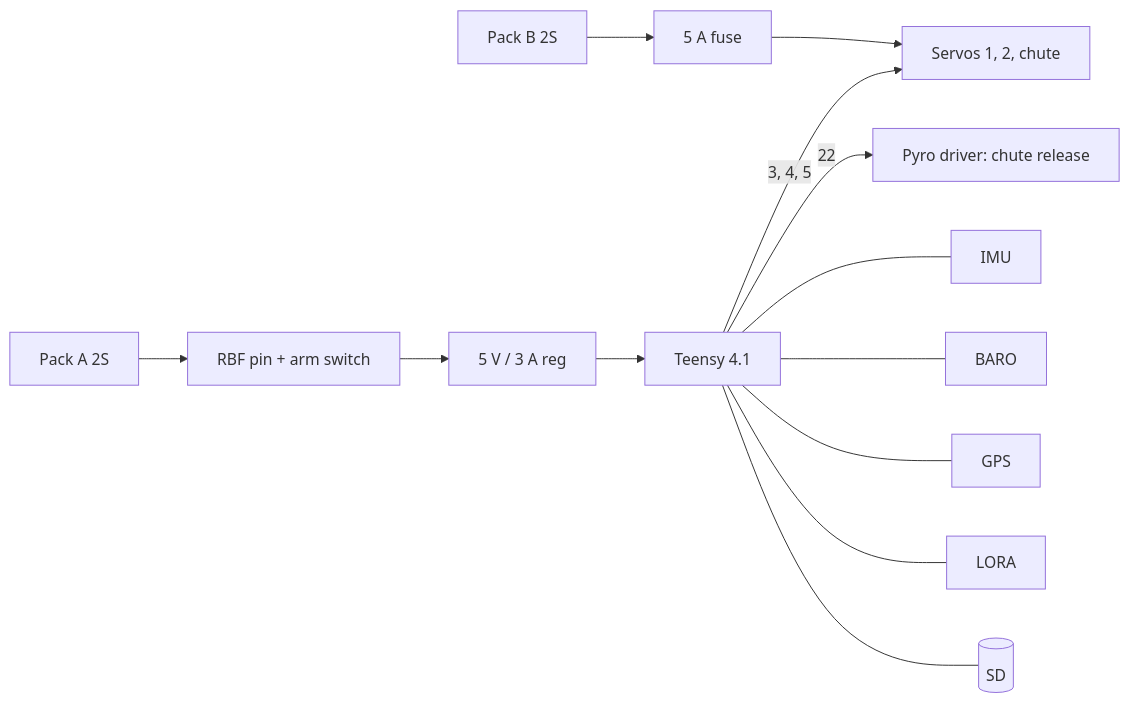
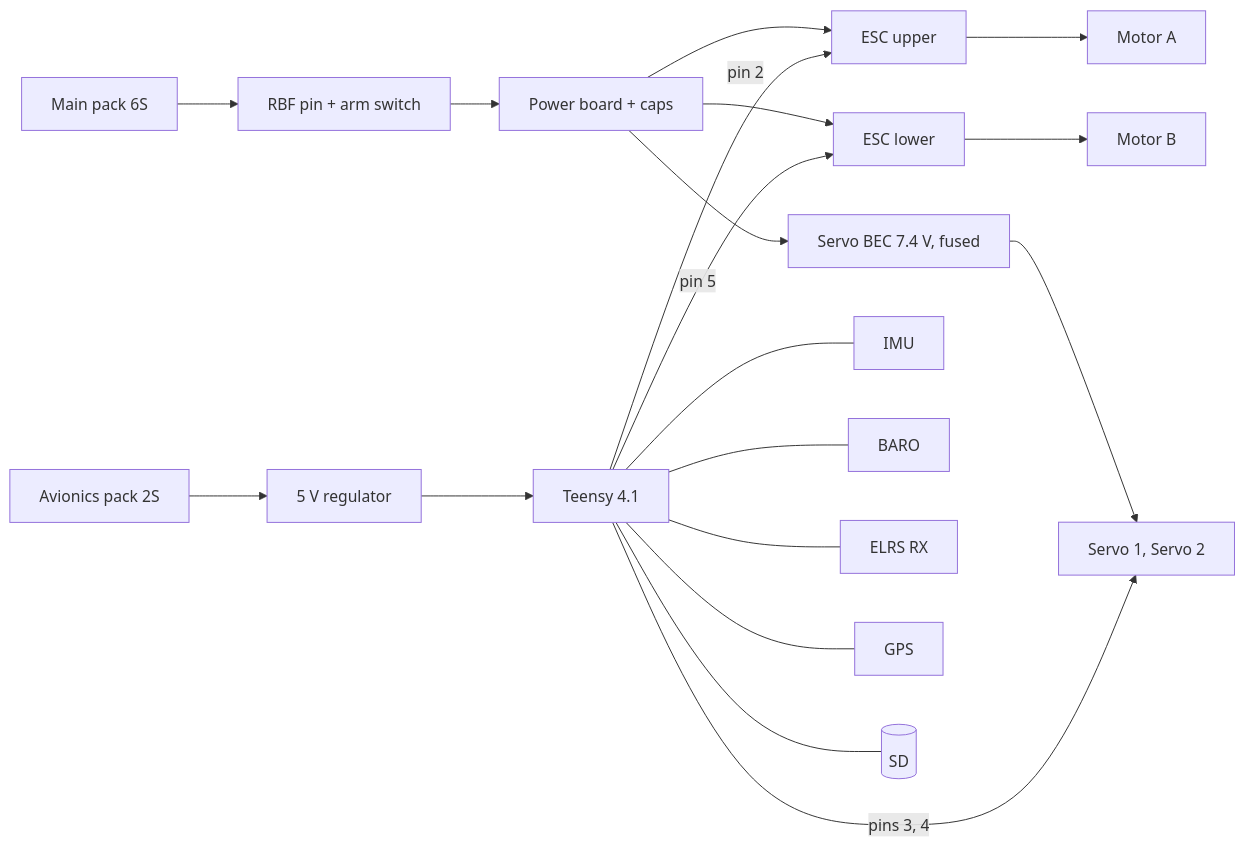
One commit to JeyaVardhan-L/Single-Thrust-Vector-Controlled-Rocket changed the diagram in docs/phase2-rocket/04-wiring.md. Above: the diagram before and after it, drawn with Mermaid. The commit also changed other lines of this file and 53 other files, not shown here.

````diff
--- a/docs/phase2-rocket/04-wiring.md
+++ b/docs/phase2-rocket/04-wiring.md
@@ -5,8 +5,12 @@
 ```mermaid
 flowchart LR
-  PA[Pack A 2S] --> RBF[RBF pin + arm switch] --> REG[5 V / 3 A reg] --> MCU[Teensy 4.1]
-  PB[Pack B 2S] --> FUSE[5 A fuse] --> SV[Servos 1, 2, chute]
-  MCU -->|3, 4, 5| SV
-  MCU -->|22| PY[Pyro driver: chute release]
-  MCU --- IMU & BARO & GPS & LORA & SD[(SD)]
+  MAIN[Main pack 6S] --> RBF[RBF pin + arm switch] --> PDB[Power board + caps]
+  PDB --> ESCU[ESC upper] --> MOTA[Motor A]
+  PDB --> ESCL[ESC lower] --> MOTB[Motor B]
+  PDB --> BEC[Servo BEC 7.4 V, fused] --> SV[Servo 1, Servo 2]
+  AVI[Avionics pack 2S] --> REG[5 V regulator] --> MCU[Teensy 4.1]
+  MCU -->|pin 2| ESCU
+  MCU -->|pin 5| ESCL
+  MCU -->|pins 3, 4| SV
+  MCU --- IMU & BARO & RX[ELRS RX] & GPS & SD[(SD)]
 ```
````
